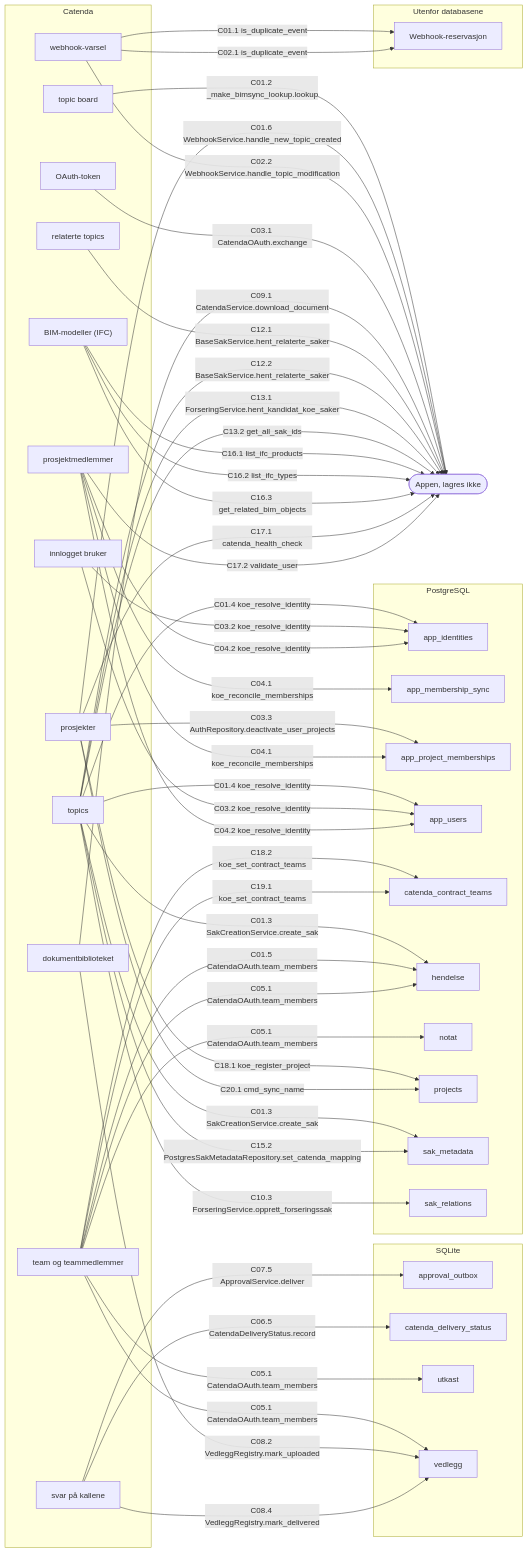
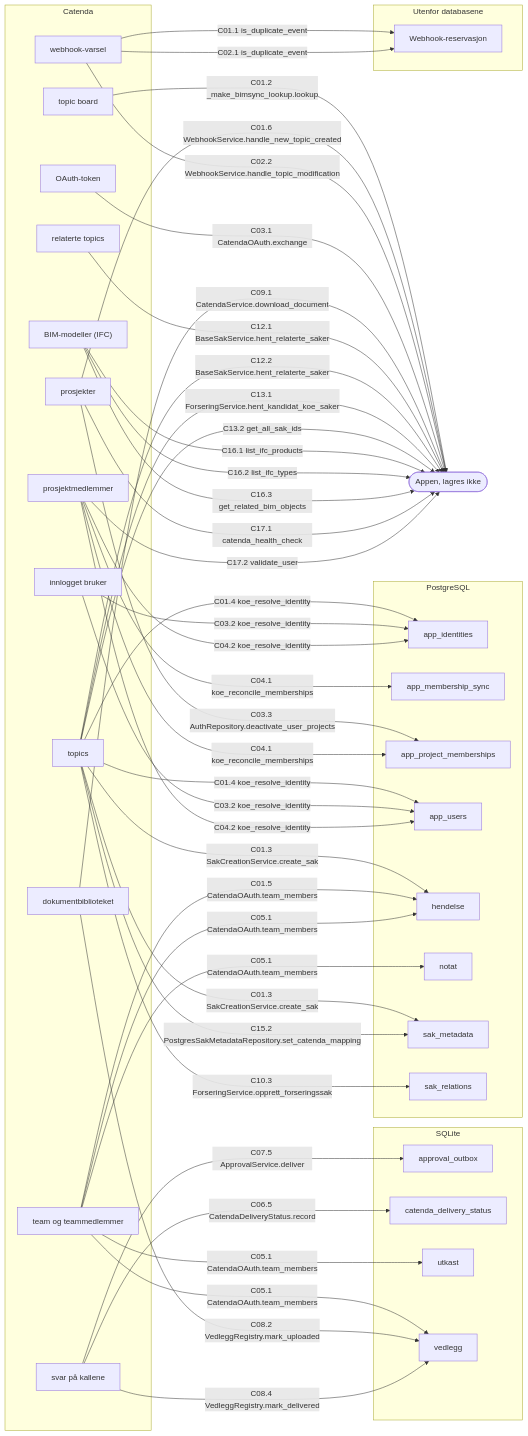
Before and after one commit to khjohns/endringsmeldinger: the third of 5 diagrams in docs/datamodell/relasjoner.md, drawn with Mermaid. The commit also changed other lines of this file and 5 other files, not shown here.

First line of the commit message:
tegn driftsflytene i et eget diagram

````diff
--- a/docs/datamodell/relasjoner.md
+++ b/docs/datamodell/relasjoner.md
@@ -311,81 +311,75 @@
 ```mermaid
 flowchart LR
     subgraph g0["Catenda"]
         c_webhook["webhook-varsel"]
         c_token["OAuth-token"]
         c_bruker["innlogget bruker"]
         c_prosjekt["prosjekter"]
         c_medlemmer["prosjektmedlemmer"]
         c_team["team og teammedlemmer"]
         c_board["topic board"]
         c_topic["topics"]
         c_relasjon["relaterte topics"]
         c_dokument["dokumentbiblioteket"]
         c_ifc["BIM-modeller (IFC)"]
         c_svar["svar på kallene"]
     end
     subgraph g1["PostgreSQL"]
         t_app_identities["app_identities"]
         t_app_membership_sync["app_membership_sync"]
         t_app_project_memberships["app_project_memberships"]
         t_app_users["app_users"]
-        t_catenda_contract_teams["catenda_contract_teams"]
         t_hendelse["hendelse"]
         t_notat["notat"]
-        t_projects["projects"]
         t_sak_metadata["sak_metadata"]
         t_sak_relations["sak_relations"]
     end
     subgraph g2["SQLite"]
         t_approval_outbox["approval_outbox"]
         t_catenda_delivery_status["catenda_delivery_status"]
         t_utkast["utkast"]
         t_vedlegg["vedlegg"]
     end
     subgraph g3["Utenfor databasene"]
         t_Webhook_reservasjon["Webhook-reservasjon"]
     end
     t_appen(["Appen, lagres ikke"])
     c_webhook -->|"C01.1 is_duplicate_event"| t_Webhook_reservasjon
     c_board -->|"C01.2 _make_bimsync_lookup.lookup"| t_appen
     c_topic -->|"C01.3 SakCreationService.create_sak"| t_sak_metadata
     c_topic -->|"C01.3 SakCreationService.create_sak"| t_hendelse
     c_topic -->|"C01.4 koe_resolve_identity"| t_app_users
     c_topic -->|"C01.4 koe_resolve_identity"| t_app_identities
     c_team -->|"C01.5 CatendaOAuth.team_members"| t_hendelse
     c_prosjekt -->|"C01.6 WebhookService.handle_new_topic_created"| t_appen
     c_webhook -->|"C02.1 is_duplicate_event"| t_Webhook_reservasjon
     c_webhook -->|"C02.2 WebhookService.handle_topic_modification"| t_appen
     c_token -->|"C03.1 CatendaOAuth.exchange"| t_appen
     c_bruker -->|"C03.2 koe_resolve_identity"| t_app_users
     c_bruker -->|"C03.2 koe_resolve_identity"| t_app_identities
     c_prosjekt -->|"C03.3 AuthRepository.deactivate_user_projects"| t_app_project_memberships
     c_medlemmer -->|"C04.1 koe_reconcile_memberships"| t_app_project_memberships
     c_medlemmer -->|"C04.1 koe_reconcile_memberships"| t_app_membership_sync
     c_medlemmer -->|"C04.2 koe_resolve_identity"| t_app_users
     c_medlemmer -->|"C04.2 koe_resolve_identity"| t_app_identities
     c_team -->|"C05.1 CatendaOAuth.team_members"| t_hendelse
     c_team -->|"C05.1 CatendaOAuth.team_members"| t_notat
     c_team -->|"C05.1 CatendaOAuth.team_members"| t_utkast
     c_team -->|"C05.1 CatendaOAuth.team_members"| t_vedlegg
     c_svar -->|"C06.5 CatendaDeliveryStatus.record"| t_catenda_delivery_status
     c_svar -->|"C07.5 ApprovalService.deliver"| t_approval_outbox
     c_dokument -->|"C08.2 VedleggRegistry.mark_uploaded"| t_vedlegg
     c_svar -->|"C08.4 VedleggRegistry.mark_delivered"| t_vedlegg
     c_dokument -->|"C09.1 CatendaService.download_document"| t_appen
     c_topic -->|"C10.3 ForseringService.opprett_forseringssak"| t_sak_relations
     c_relasjon -->|"C12.1 BaseSakService.hent_relaterte_saker"| t_appen
     c_topic -->|"C12.2 BaseSakService.hent_relaterte_saker"| t_appen
     c_topic -->|"C13.1 ForseringService.hent_kandidat_koe_saker"| t_appen
     c_topic -->|"C13.2 get_all_sak_ids"| t_appen
     c_topic -->|"C15.2 PostgresSakMetadataRepository.set_catenda_mapping"| t_sak_metadata
     c_ifc -->|"C16.1 list_ifc_products"| t_appen
     c_ifc -->|"C16.2 list_ifc_types"| t_appen
     c_ifc -->|"C16.3 get_related_bim_objects"| t_appen
     c_prosjekt -->|"C17.1 catenda_health_check"| t_appen
     c_medlemmer -->|"C17.2 validate_user"| t_appen
-    c_prosjekt -->|"C18.1 koe_register_project"| t_projects
-    c_team -->|"C18.2 koe_set_contract_teams"| t_catenda_contract_teams
-    c_team -->|"C19.1 koe_set_contract_teams"| t_catenda_contract_teams
-    c_prosjekt -->|"C20.1 cmd_sync_name"| t_projects
 ```
````
